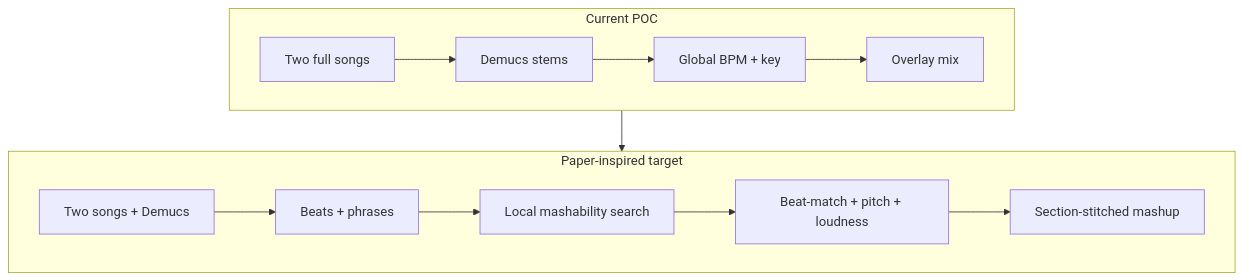
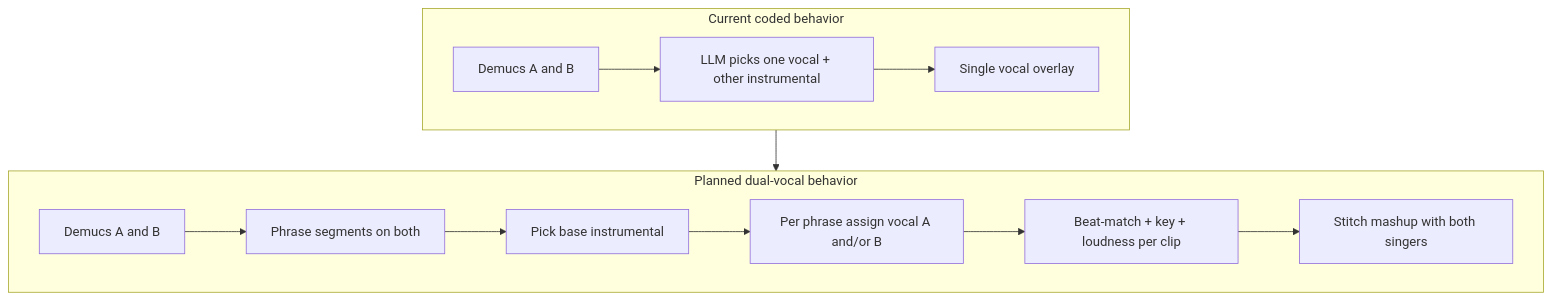
Before and after one commit to komeslik/ai-mashup-poc: the diagram in .cursor/plans/automashupper_improvements_d5d8b7f0.plan.md, drawn with Mermaid. The commit also changed other lines of this file, not shown here.

First line of the commit message:
Refine AutoMashUpper plan for dual-vocal mashups and complete phase updates.

````diff
--- a/.cursor/plans/automashupper_improvements_d5d8b7f0.plan.md
+++ b/.cursor/plans/automashupper_improvements_d5d8b7f0.plan.md
@@ -92,15 +47,15 @@
 ```mermaid
 flowchart TB
-  subgraph today [Current POC]
-    A1[Two full songs] --> A2[Demucs stems]
-    A2 --> A3[Global BPM + key]
-    A3 --> A4[Overlay mix]
+  subgraph today [Current coded behavior]
+    T1[Demucs A and B] --> T2[LLM picks one vocal + other instrumental]
+    T2 --> T3[Single vocal overlay]
   end
-  subgraph target [Paper-inspired target]
-    B1[Two songs + Demucs] --> B2[Beats + phrases]
-    B2 --> B3[Local mashability search]
-    B3 --> B4[Beat-match + pitch + loudness]
-    B4 --> B5[Section-stitched mashup]
+  subgraph dual [Planned dual-vocal behavior]
+    D1[Demucs A and B] --> D2[Phrase segments on both]
+    D2 --> D3[Pick base instrumental]
+    D3 --> D4[Per phrase assign vocal A and/or B]
+    D4 --> D5[Beat-match + key + loudness per clip]
+    D5 --> D6[Stitch mashup with both singers]
   end
-  today --> target
+  today --> dual
 ```
````
